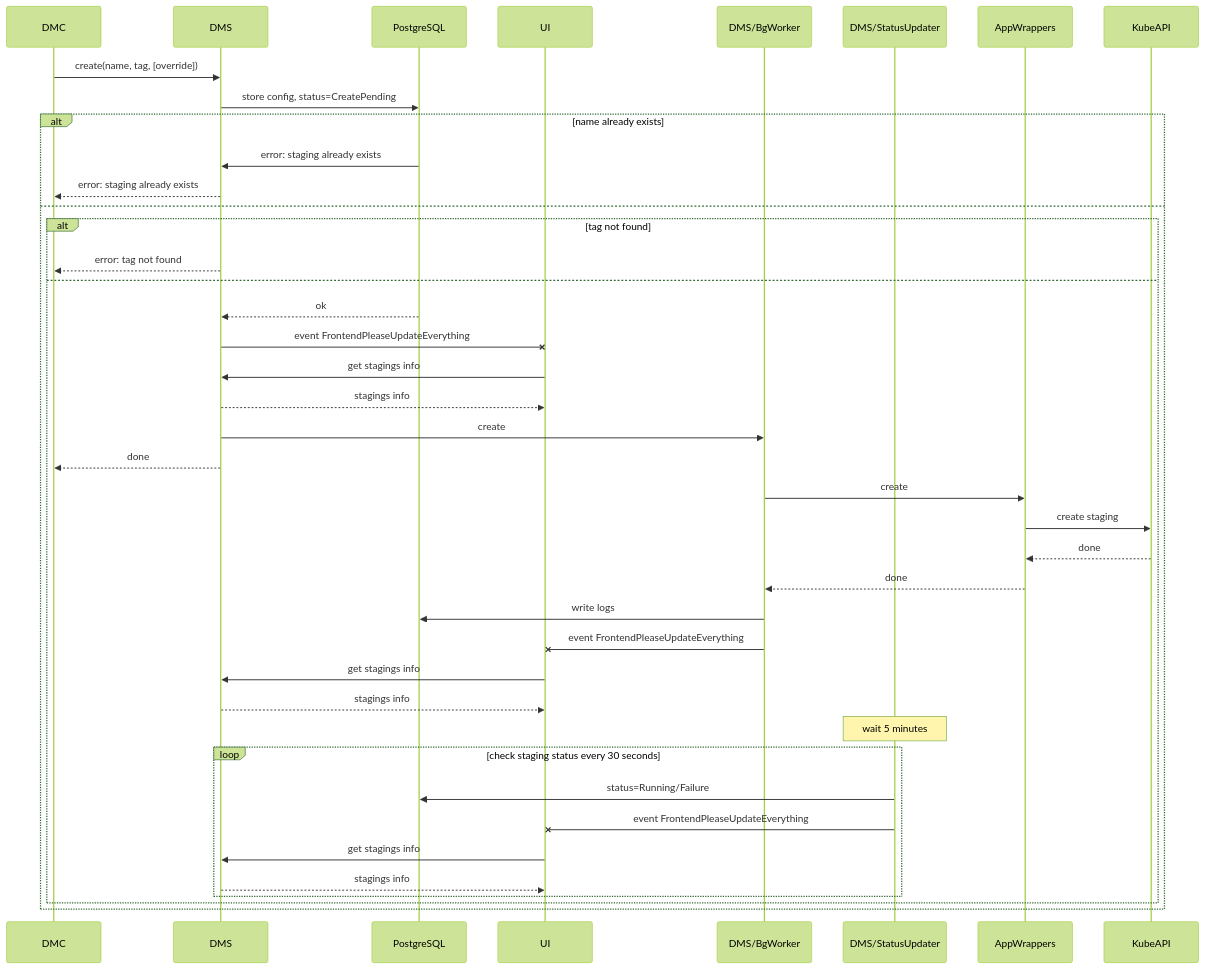
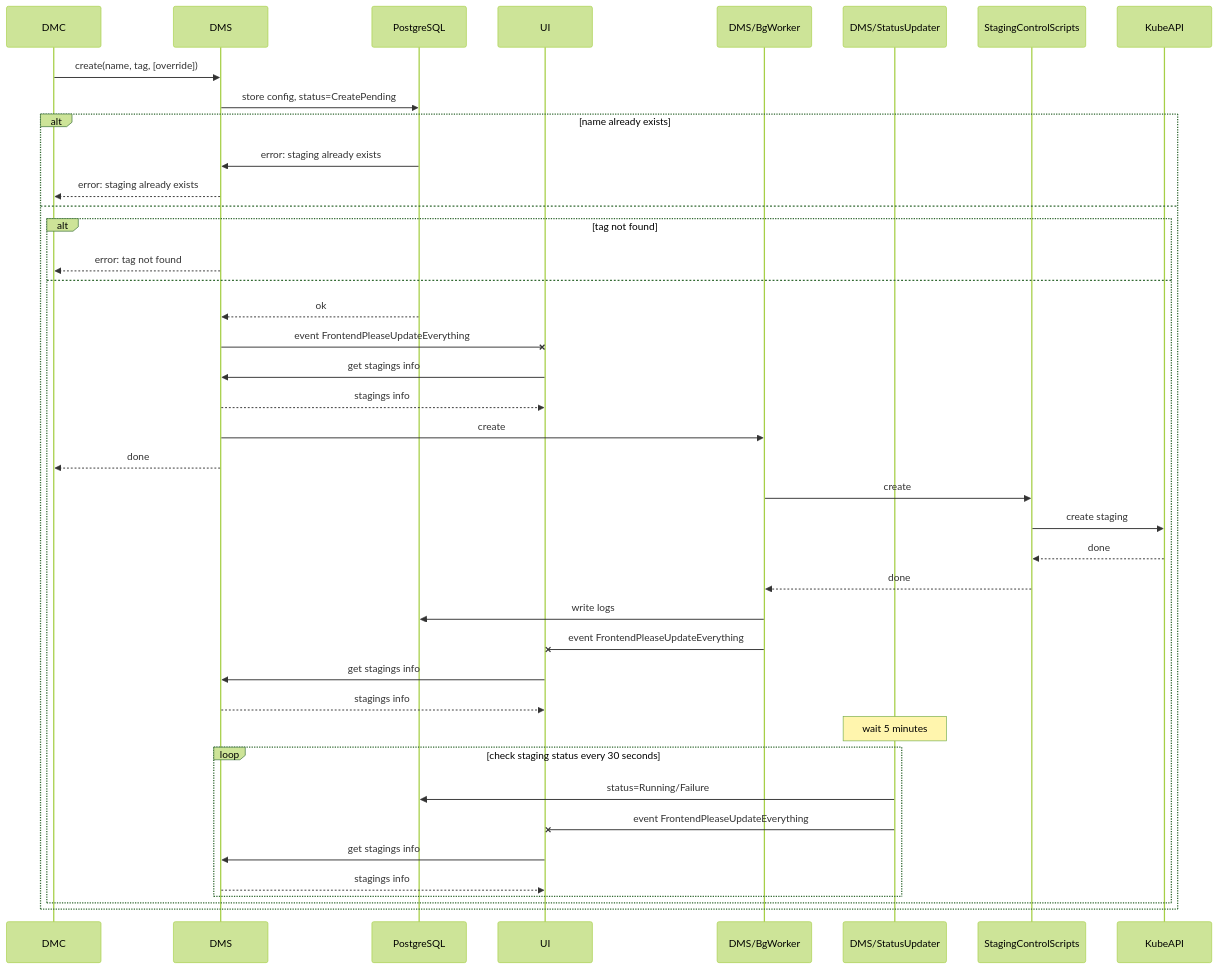
One commit to typeable/octopod changed the diagram in docs/diagrams/src/technical-architecture-create-via-cli.mmd. Above: the diagram before and after it, drawn with Mermaid (forest theme). The commit also changed 22 other files, not shown here.

Commit message:
rename 'app wrappers' to 'staging control scripts'

```diff
--- a/docs/diagrams/src/technical-architecture-create-via-cli.mmd
+++ b/docs/diagrams/src/technical-architecture-create-via-cli.mmd
@@ -1,41 +1,41 @@
 sequenceDiagram
     participant DMC
     participant DMS
     participant PostgreSQL
     participant UI
     participant DMS/BgWorker
     participant DMS/StatusUpdater
-    participant AppWrappers
+    participant StagingControlScripts
     participant KubeAPI
     DMC->>DMS: create(name, tag, [override])
     DMS->>PostgreSQL: store config, status=CreatePending
     alt name already exists
         PostgreSQL->>DMS: error: staging already exists
         DMS-->>DMC: error: staging already exists
     else
         alt tag not found
             DMS-->>DMC: error: tag not found
         else
             PostgreSQL-->>DMS: ok
             DMS-xUI: event FrontendPleaseUpdateEverything
             UI->>DMS: get stagings info
             DMS-->>UI: stagings info
             DMS->>DMS/BgWorker: create
             DMS-->>DMC: done
-            DMS/BgWorker->>AppWrappers: create
-            AppWrappers->>KubeAPI: create staging
-            KubeAPI-->>AppWrappers: done
-            AppWrappers-->>DMS/BgWorker: done
+            DMS/BgWorker->>StagingControlScripts: create
+            StagingControlScripts->>KubeAPI: create staging
+            KubeAPI-->>StagingControlScripts: done
+            StagingControlScripts-->>DMS/BgWorker: done
             DMS/BgWorker->>PostgreSQL: write logs
             DMS/BgWorker-xUI: event FrontendPleaseUpdateEverything
             UI->>DMS: get stagings info
             DMS-->>UI: stagings info
             Note over DMS/StatusUpdater: wait 5 minutes
             loop check staging status every 30 seconds
                 DMS/StatusUpdater->>PostgreSQL: status=Running/Failure
                 DMS/StatusUpdater-xUI: event FrontendPleaseUpdateEverything
                 UI->>DMS: get stagings info
                 DMS-->>UI: stagings info
             end
         end
     end
```
